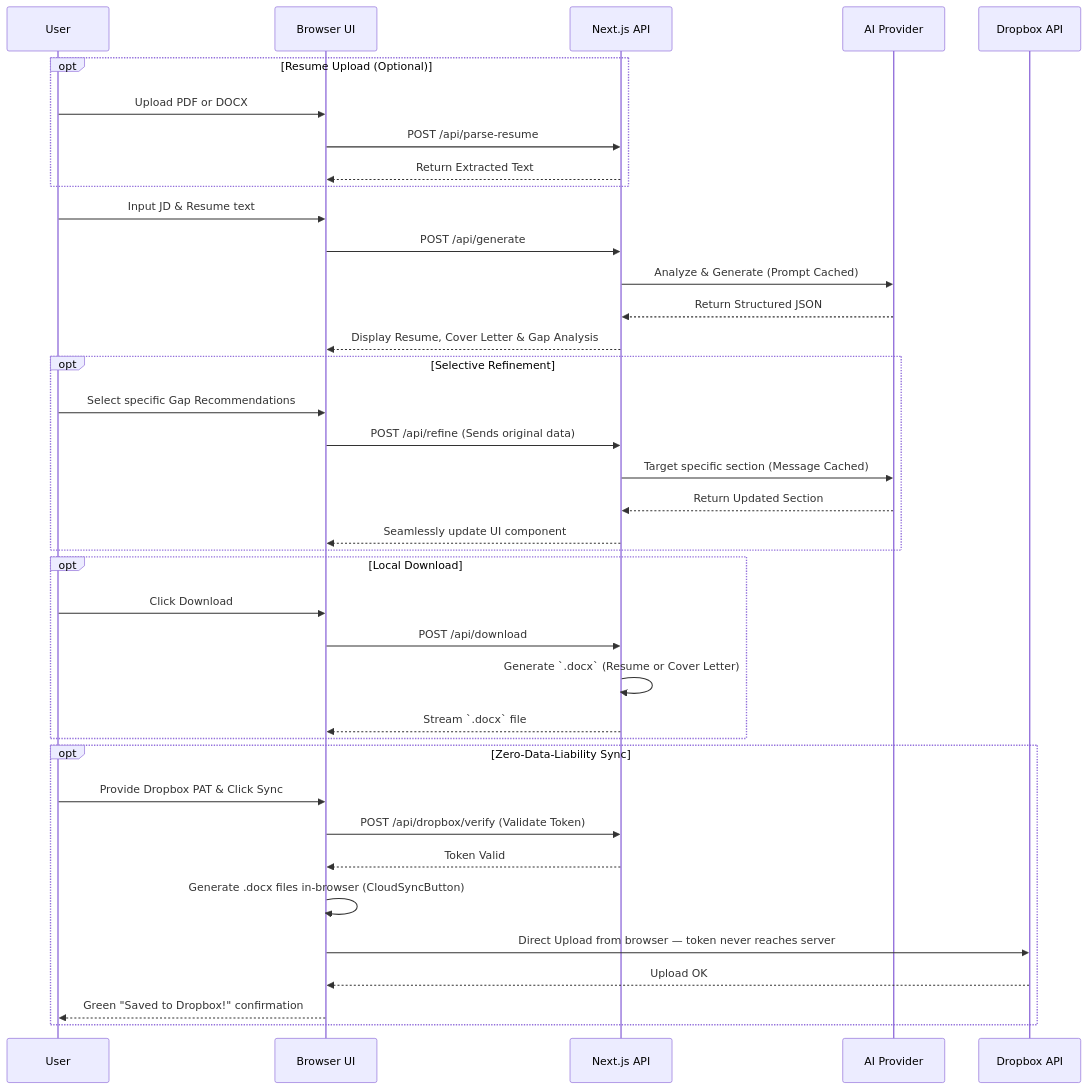
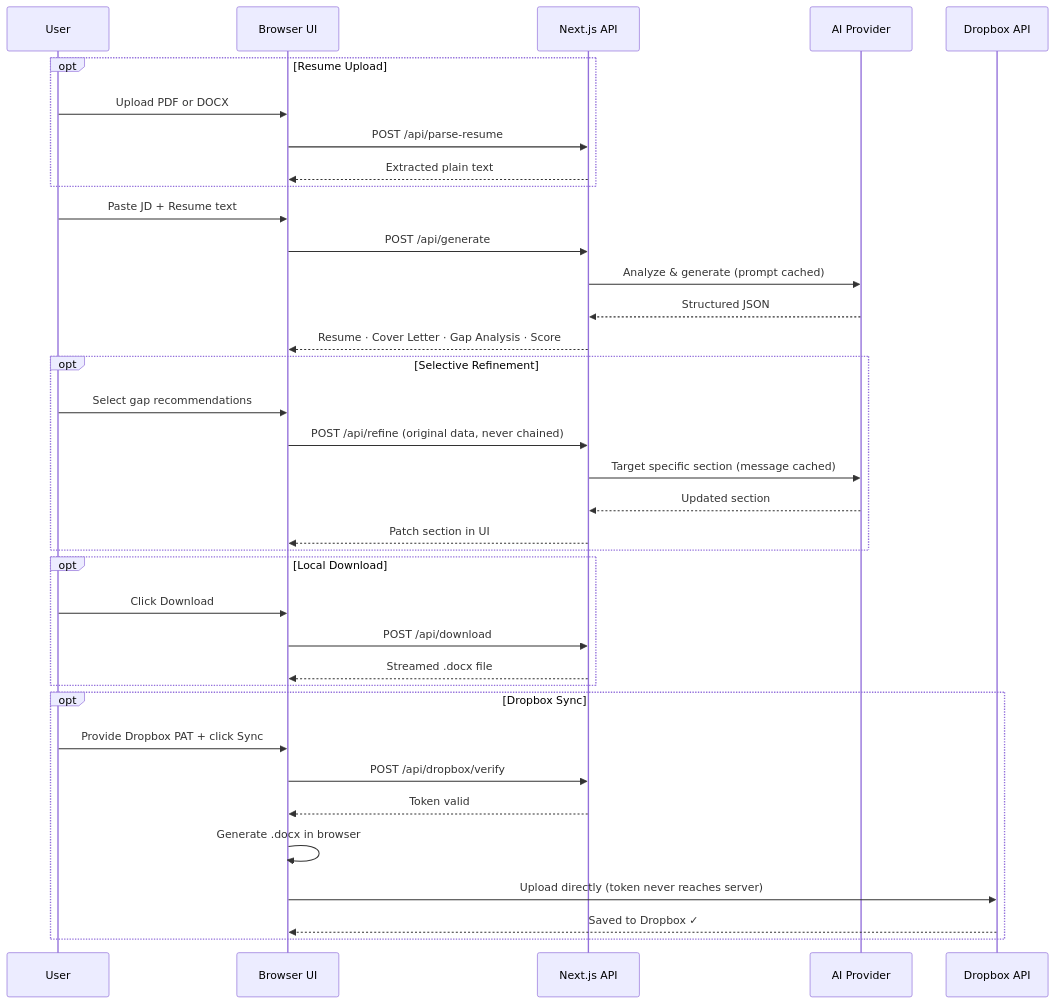
The first of 3 diagrams in README.md (hardikshukla/resume-builder), drawn with Mermaid before and after one commit. The commit also changed other lines of this file, not shown here.

````diff
--- a/README.md
+++ b/README.md
@@ -98,45 +100,43 @@
 ```mermaid
 sequenceDiagram
     participant U as User
     participant UI as Browser UI
     participant API as Next.js API
     participant LLM as AI Provider
     participant DBX as Dropbox API
 
-    opt Resume Upload (Optional)
+    opt Resume Upload
         U->>UI: Upload PDF or DOCX
         UI->>API: POST /api/parse-resume
-        API-->>UI: Return Extracted Text
+        API-->>UI: Extracted plain text
     end
 
-    U->>UI: Input JD & Resume text
+    U->>UI: Paste JD + Resume text
     UI->>API: POST /api/generate
-    API->>LLM: Analyze & Generate (Prompt Cached)
-    LLM-->>API: Return Structured JSON
-    API-->>UI: Display Resume, Cover Letter & Gap Analysis
-    
+    API->>LLM: Analyze & generate (prompt cached)
+    LLM-->>API: Structured JSON
+    API-->>UI: Resume · Cover Letter · Gap Analysis · Score
+
     opt Selective Refinement
-        U->>UI: Select specific Gap Recommendations
-        UI->>API: POST /api/refine (Sends original data)
-        API->>LLM: Target specific section (Message Cached)
-        LLM-->>API: Return Updated Section
-        API-->>UI: Seamlessly update UI component
+        U->>UI: Select gap recommendations
+        UI->>API: POST /api/refine (original data, never chained)
+        API->>LLM: Target specific section (message cached)
+        LLM-->>API: Updated section
+        API-->>UI: Patch section in UI
     end
-    
+
     opt Local Download
         U->>UI: Click Download
         UI->>API: POST /api/download
-        API->>API: Generate `.docx` (Resume or Cover Letter)
-        API-->>UI: Stream `.docx` file
+        API-->>UI: Streamed .docx file
     end
 
-    opt Zero-Data-Liability Sync
-        U->>UI: Provide Dropbox PAT & Click Sync
-        UI->>API: POST /api/dropbox/verify (Validate Token)
-        API-->>UI: Token Valid
-        UI->>UI: Generate .docx files in-browser (CloudSyncButton)
-        UI->>DBX: Direct Upload from browser — token never reaches server
-        DBX-->>UI: Upload OK
-        UI-->>U: Green "Saved to Dropbox!" confirmation
+    opt Dropbox Sync
+        U->>UI: Provide Dropbox PAT + click Sync
+        UI->>API: POST /api/dropbox/verify
+        API-->>UI: Token valid
+        UI->>UI: Generate .docx in browser
+        UI->>DBX: Upload directly (token never reaches server)
+        DBX-->>UI: Saved to Dropbox ✓
     end
 ```
````
